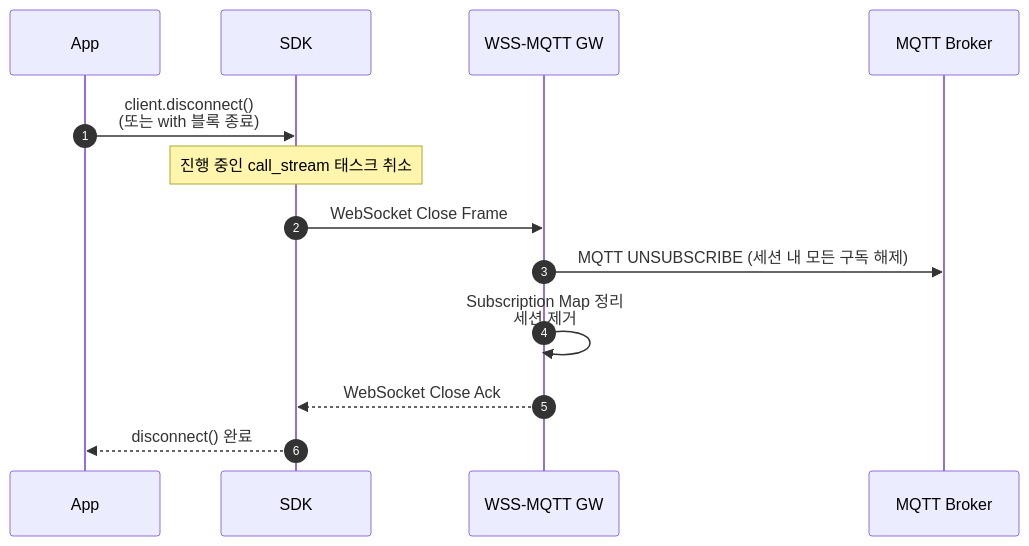
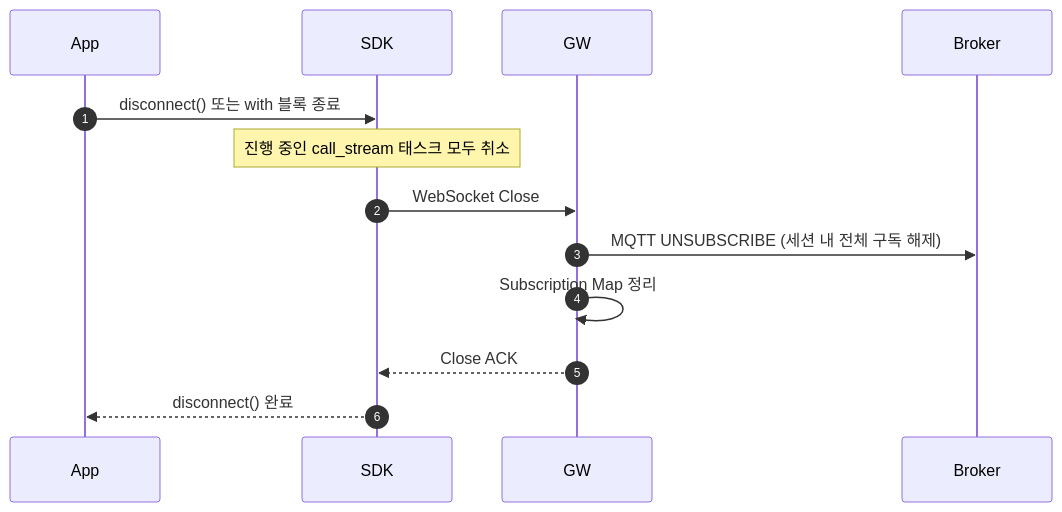
Before and after one commit to DongEunKim/MQTT-WSS-API: the tenth of 11 diagrams in docs/RPC_SEQUENCE_DIAGRAMS.md, drawn with Mermaid. The commit also changed other lines of this file, not shown here.

First line of the commit message:
docs: RPC 시퀀스 다이어그램 가독성 개선 (화살표 레이블 축약, 사양 분리)

````diff
--- a/docs/RPC_SEQUENCE_DIAGRAMS.md
+++ b/docs/RPC_SEQUENCE_DIAGRAMS.md
@@ -425,18 +380,18 @@
 ```mermaid
 sequenceDiagram
     autonumber
     participant App
     participant SDK
-    participant GW as WSS-MQTT GW
-    participant Broker as MQTT Broker
+    participant GW
+    participant Broker
 
-    App->>SDK: client.disconnect()<br/>(또는 with 블록 종료)
+    App->>SDK: disconnect() 또는 with 블록 종료
 
-    Note over SDK: 진행 중인 call_stream 태스크 취소
+    Note over SDK: 진행 중인 call_stream 태스크 모두 취소
 
-    SDK->>GW: WebSocket Close Frame
-    GW->>Broker: MQTT UNSUBSCRIBE (세션 내 모든 구독 해제)
-    GW->>GW: Subscription Map 정리<br/>세션 제거
-    GW-->>SDK: WebSocket Close Ack
+    SDK->>GW: WebSocket Close
+    GW->>Broker: MQTT UNSUBSCRIBE (세션 내 전체 구독 해제)
+    GW->>GW: Subscription Map 정리
+    GW-->>SDK: Close ACK
     SDK-->>App: disconnect() 완료
 ```
````
